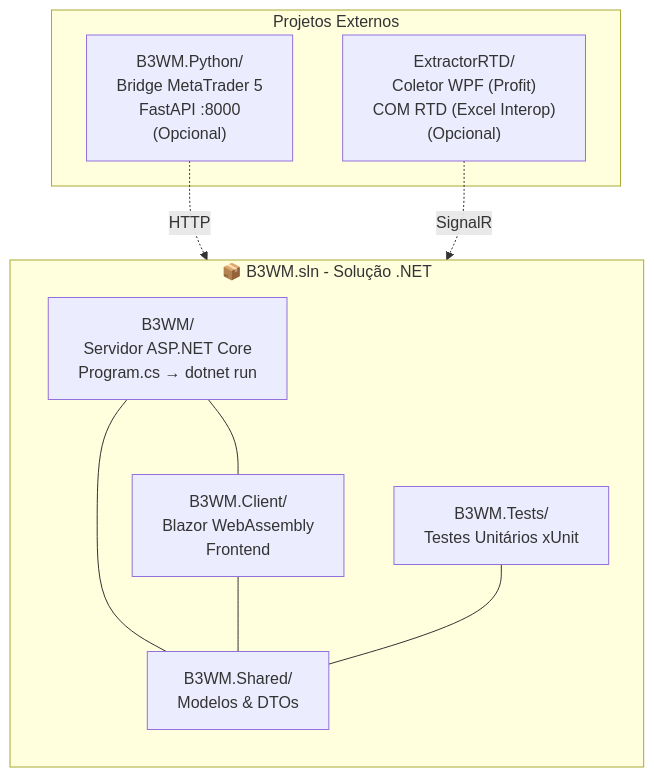
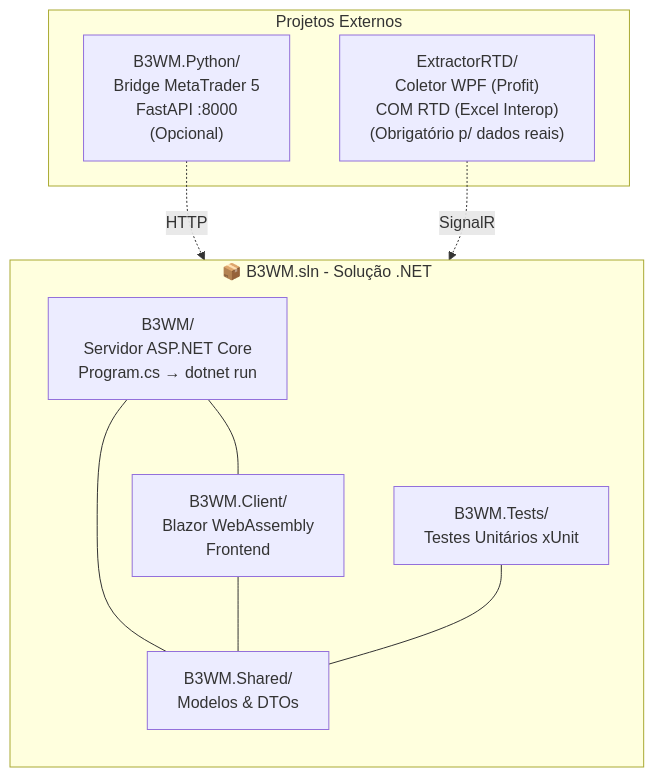
One commit to WebMat-SA/B3WM changed the first of 2 diagrams in README.md. Above: the diagram before and after it, drawn with Mermaid.

Commit message:
docs: ExtractorRTD é obrigatório para dados reais, não opcional

````diff
--- a/README.md
+++ b/README.md
@@ -100,22 +100,22 @@
 ```mermaid
 graph TB
     subgraph SOL["📦 B3WM.sln - Solução .NET"]
         direction TB
         API["B3WM/<br/>Servidor ASP.NET Core<br/>Program.cs → dotnet run"]
         CLIENT["B3WM.Client/<br/>Blazor WebAssembly<br/>Frontend"]
         SHARED["B3WM.Shared/<br/>Modelos & DTOs"]
         TESTS["B3WM.Tests/<br/>Testes Unitários xUnit"]
         API --- CLIENT
         API --- SHARED
         CLIENT --- SHARED
         TESTS --- SHARED
     end
 
     subgraph EXT["Projetos Externos"]
         PYTHON["B3WM.Python/<br/>Bridge MetaTrader 5<br/>FastAPI :8000<br/>(Opcional)"]
-        RTD["ExtractorRTD/<br/>Coletor WPF (Profit)<br/>COM RTD (Excel Interop)<br/>(Opcional)"]
+        RTD["ExtractorRTD/<br/>Coletor WPF (Profit)<br/>COM RTD (Excel Interop)<br/>(Obrigatório p/ dados reais)"]
     end
 
     PYTHON -.->|HTTP| API
     RTD -.->|SignalR| API
 ```
````
